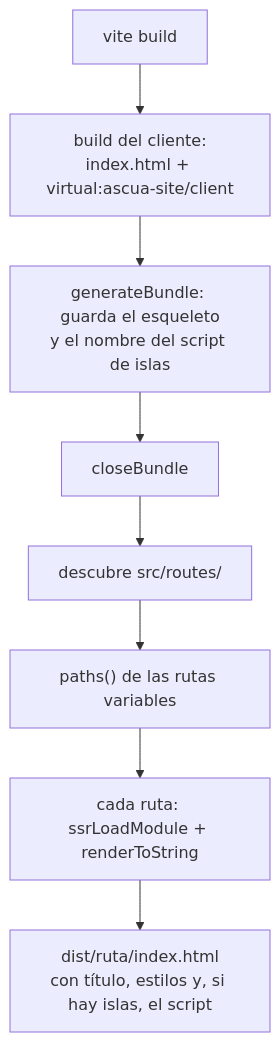
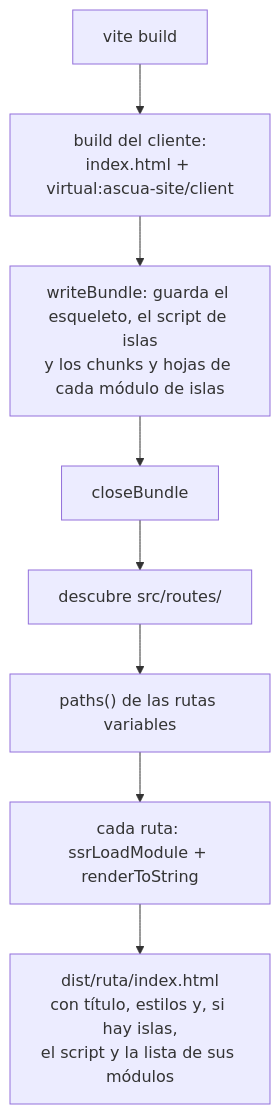
Before and after one commit to rvielma/ascua: the diagram in docs/sitio.md, drawn with Mermaid. The commit also changed other lines of this file and 16 other files, not shown here.

First line of the commit message:
feat: cargar solo las islas de cada página

````diff
--- a/docs/sitio.md
+++ b/docs/sitio.md
@@ -109,10 +112,10 @@
 ```mermaid
 flowchart TD
     build["vite build"] --> cliente["build del cliente:<br/>index.html + virtual:ascua-site/client"]
-    cliente --> guarda["generateBundle: guarda el esqueleto<br/>y el nombre del script de islas"]
+    cliente --> guarda["writeBundle: guarda el esqueleto, el script de islas<br/>y los chunks y hojas de cada módulo de islas"]
     guarda --> cierre["closeBundle"]
     cierre --> rutas["descubre src/routes/"]
     rutas --> params["paths() de las rutas variables"]
     params --> render["cada ruta: ssrLoadModule + renderToString"]
-    render --> escribe["dist/ruta/index.html<br/>con título, estilos y, si hay islas, el script"]
+    render --> escribe["dist/ruta/index.html<br/>con título, estilos y, si hay islas,<br/>el script y la lista de sus módulos"]
 ```
````
